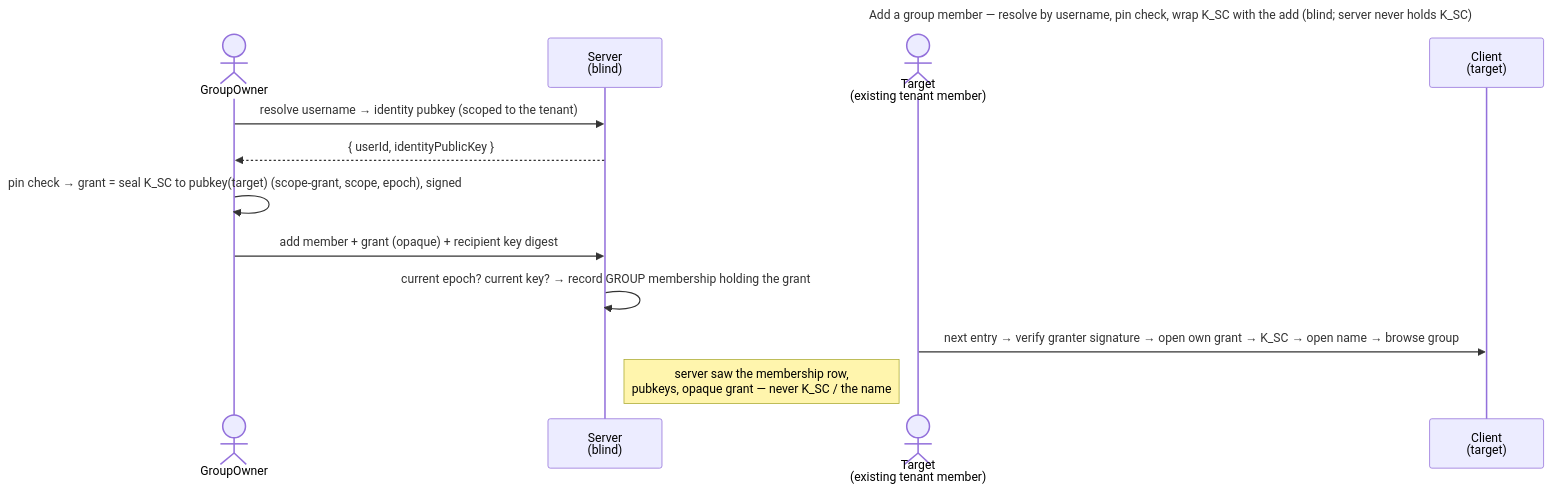
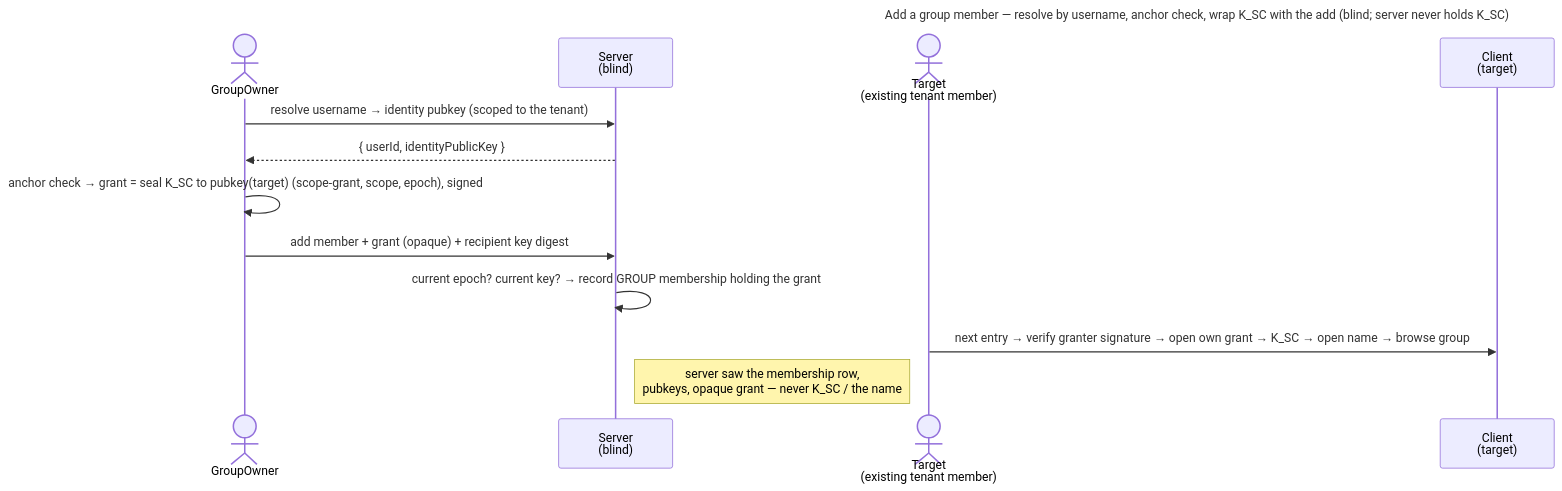
One commit to raddatzk/veyq changed the diagram in docs/features/spaces/use-cases/uc.spaces.add-group-member.md. Above: the diagram before and after it, drawn with Mermaid. The commit also changed other lines of this file and 26 other files, not shown here.

````diff
--- a/docs/features/spaces/use-cases/uc.spaces.add-group-member.md
+++ b/docs/features/spaces/use-cases/uc.spaces.add-group-member.md
@@ -47,17 +47,17 @@
 ```mermaid
 ---
-title: Add a group member — resolve by username, pin check, wrap K_SC with the add (blind; server never holds K_SC)
+title: Add a group member — resolve by username, anchor check, wrap K_SC with the add (blind; server never holds K_SC)
 ---
 sequenceDiagram
   actor O as GroupOwner
   participant S as Server<br>(blind)
   actor T as Target<br>(existing tenant member)
   participant CT as Client<br>(target)
   O->>S: resolve username → identity pubkey (scoped to the tenant)
   S-->>O: { userId, identityPublicKey }
-  O->>O: pin check → grant = seal K_SC to pubkey(target) (scope-grant, scope, epoch), signed
+  O->>O: anchor check → grant = seal K_SC to pubkey(target) (scope-grant, scope, epoch), signed
   O->>S: add member + grant (opaque) + recipient key digest
   S->>S: current epoch? current key? → record GROUP membership holding the grant
   T->>CT: next entry → verify granter signature → open own grant → K_SC → open name → browse group
   Note right of S: server saw the membership row,<br>pubkeys, opaque grant — never K_SC / the name
 ```
````
